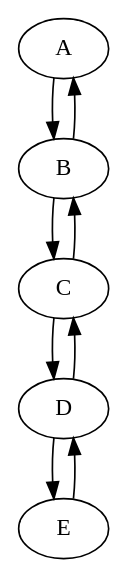
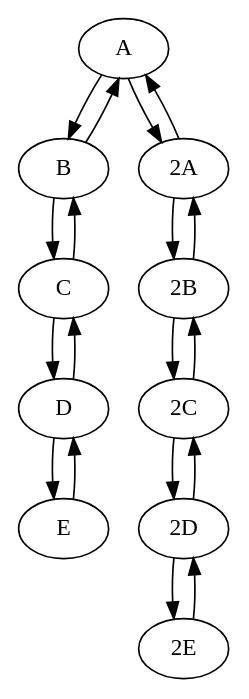
One commit to mmirko/dssim changed the diagram in test.dot. Above: the diagram before and after it, drawn with Graphviz. The commit also changed 1 other file, not shown here.

```diff
--- a/test.dot
+++ b/test.dot
@@ -1,13 +1,28 @@
 digraph "test" {
 	"A" -> "B";
 	"B" -> "A";
 
 	"B" -> "C";
 	"C" -> "B";
 
 	"C" -> "D";
 	"D" -> "C";
 
 	"D" -> "E";
 	"E" -> "D";
+
+	"2A" -> "2B";
+	"2B" -> "2A";
+
+	"2B" -> "2C";
+	"2C" -> "2B";
+
+	"2C" -> "2D";
+	"2D" -> "2C";
+
+	"2D" -> "2E";
+	"2E" -> "2D";
+
+	"A" -> "2A";
+	"2A" -> "A";
 }
```
